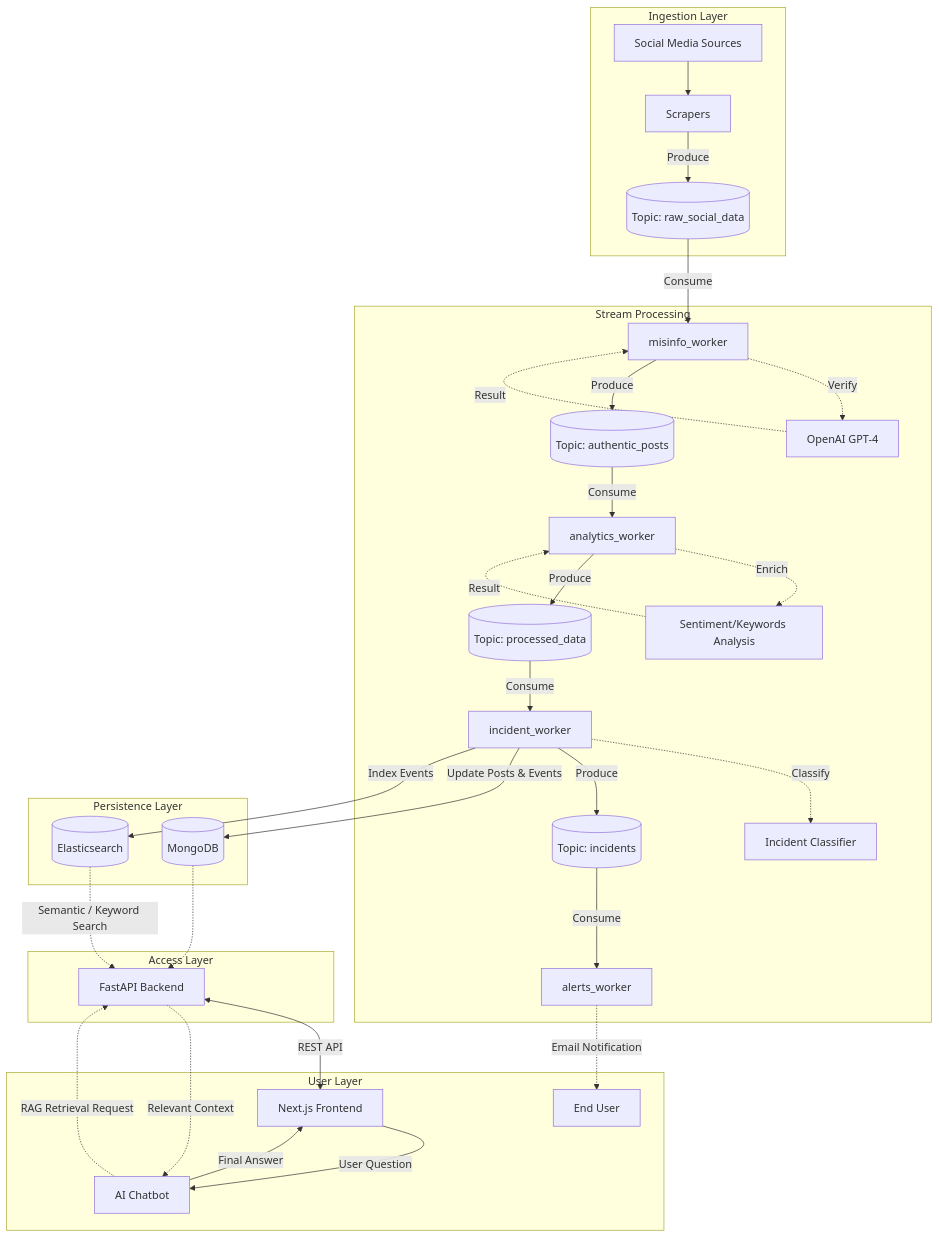
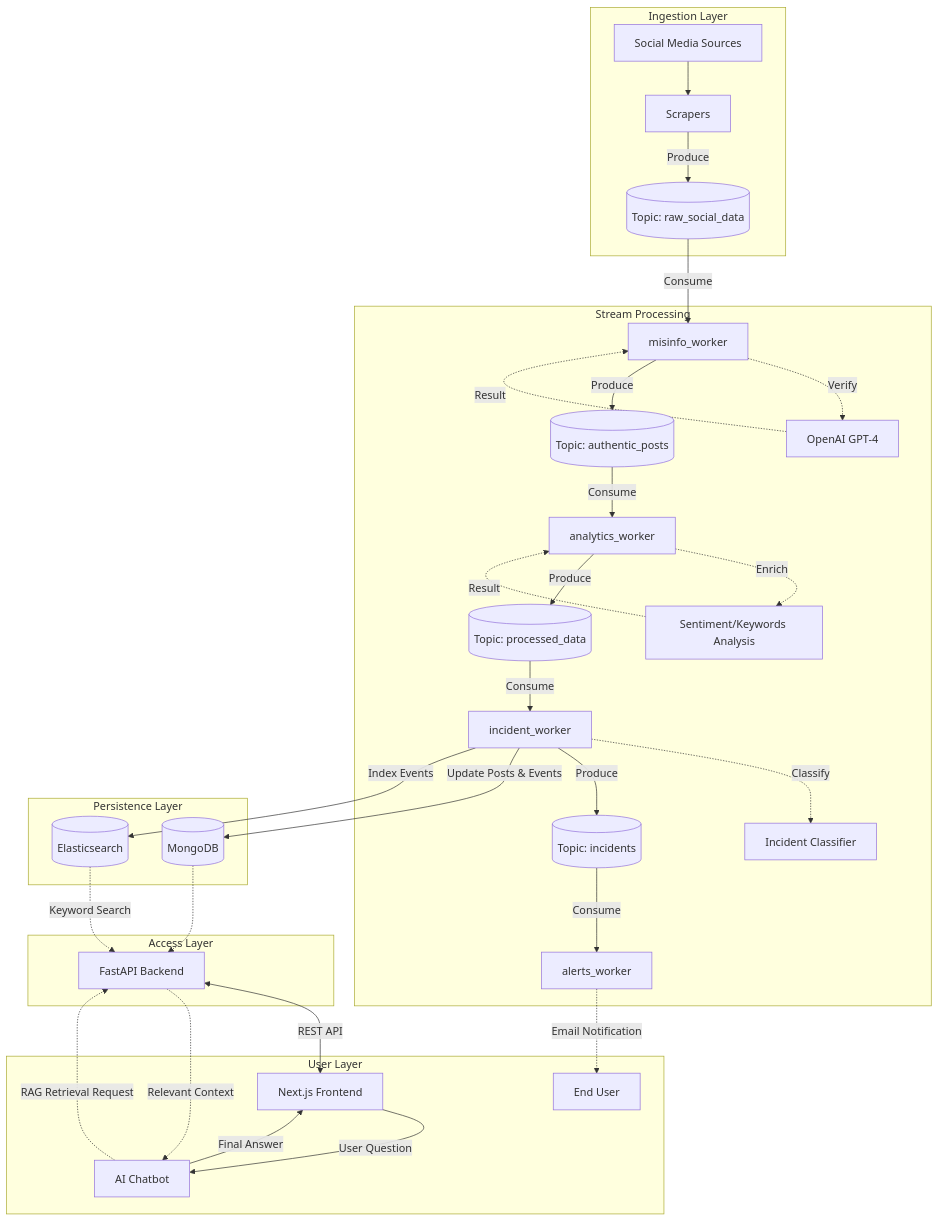
Before and after one commit to rachelfong0320/DisasterLens: the diagram in README.md, drawn with Mermaid.

Commit message:
Update README to change 'Semantic' to 'Keyword' in API

````diff
--- a/README.md
+++ b/README.md
@@ -57,81 +57,81 @@
 ```mermaid
 graph TD
 
 %% =========================
 %% 1. INGESTION
 %% =========================
 subgraph Ingestion Layer
     Sources[Social Media Sources]
     Scrapers[Scrapers]
     T1[(Topic: raw_social_data)]
 
     Sources --> Scrapers -->|Produce| T1
 end
 
 %% =========================
 %% 2. STREAM PROCESSING
 %% =========================
 subgraph Stream Processing
 
     %% Step 1: Misinfo Filter
     T1 -->|Consume| W1[misinfo_worker]
     W1 -.->|Verify| AI1[OpenAI GPT-4]
     AI1 -.->|Result| W1
     W1 -->|Produce| T2[(Topic: authentic_posts)]
 
     %% Step 2: Analytics Enrichment (Linear Chain)
     T2 -->|Consume| W4[analytics_worker]
     W4 -.->|Enrich| AI3[Sentiment/Keywords Analysis]
     AI3 -.->|Result| W4
     W4 -->|Produce| T_INT[(Topic: processed_data)]
 
     %% Step 3: Incident Classification & Geo
     T_INT -->|Consume| W2[incident_worker]
     W2 -.->|Classify| AI2[Incident Classifier]
     W2 -->|Produce| T3[(Topic: incidents)]
 
     %% Step 4: Alerting
     T3 -->|Consume| W3[alerts_worker]
 end
 
 %% =========================
 %% 3. PERSISTENCE
 %% =========================
 subgraph Persistence Layer
     DB[(MongoDB)]
     ES[(Elasticsearch)]
 end
 
 %% Incident worker saves the final enriched state to DB
 W2 -->|Update Posts & Events| DB
 W2 -->|Index Events| ES
 
 %% =========================
 %% 4. ACCESS + RAG RETRIEVAL
 %% =========================
 subgraph Access Layer
     API[FastAPI Backend]
 end
 
 DB -.-> API
-ES -.->|Semantic / Keyword Search| API
+ES -.->|Keyword Search| API
 
 %% =========================
 %% 5. FRONTEND & CHAT
 %% =========================
 subgraph User Layer
     FE[Next.js Frontend]
     Chat[AI Chatbot]
     User[End User]
 end
 
 API <--> |REST API| FE
 
 FE -->|User Question| Chat
 Chat -.->|RAG Retrieval Request| API
 API -.->|Relevant Context| Chat
 Chat -->|Final Answer| FE
 
 %% Alert worker notifies user/system directly (not via Kafka topic)
 W3 -.->|Email Notification| User
 ```
````
